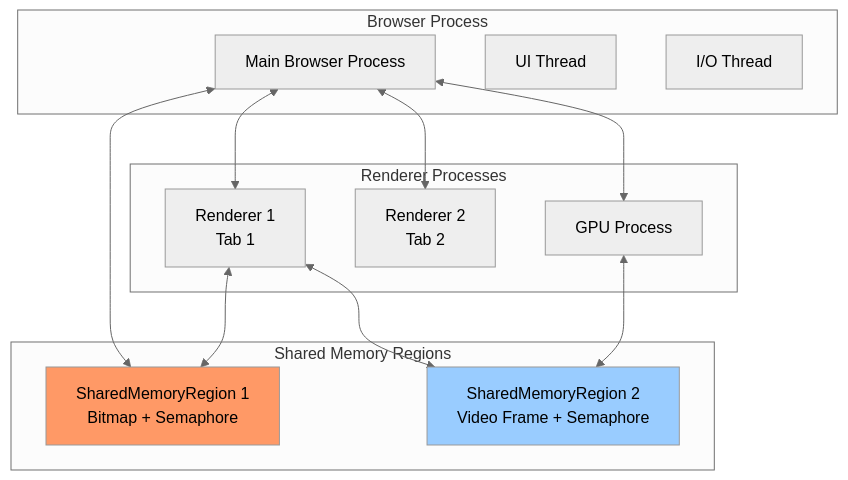
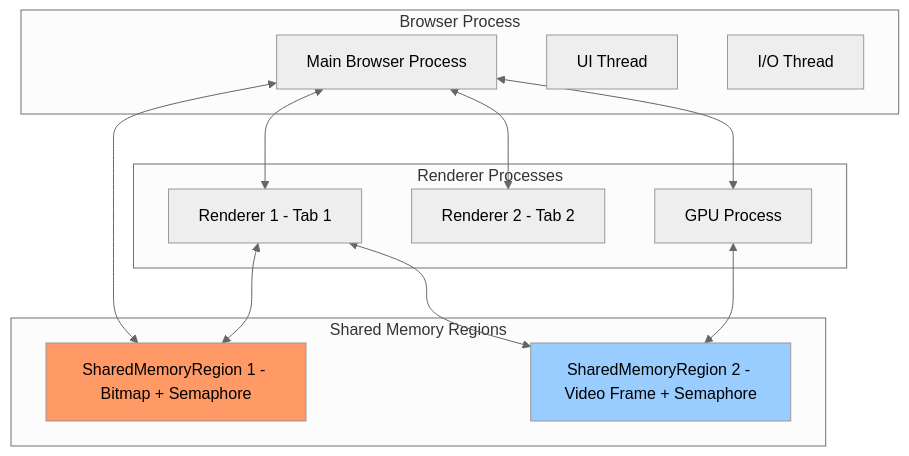
Before and after one commit to MoussaabBadla/interprocess-communication: diagram 22 of 34 in 05_semaphores.md, drawn with Mermaid (neutral theme). The commit also changed other lines of this file, not shown here.

````diff
--- a/05_semaphores.md
+++ b/05_semaphores.md
@@ -1826,31 +1826,31 @@
 ```mermaid
 graph TB
     subgraph "Browser Process"
-        BROWSER[Main Browser Process]
-        UI[UI Thread]
-        IO[I/O Thread]
+        BROWSER["Main Browser Process"]
+        UI["UI Thread"]
+        IO["I/O Thread"]
     end
 
     subgraph "Renderer Processes"
-        RENDER1[Renderer 1<br/>Tab 1]
-        RENDER2[Renderer 2<br/>Tab 2]
-        GPU[GPU Process]
+        RENDER1["Renderer 1 - Tab 1"]
+        RENDER2["Renderer 2 - Tab 2"]
+        GPU["GPU Process"]
     end
 
     subgraph "Shared Memory Regions"
-        SHM1[SharedMemoryRegion 1<br/>Bitmap + Semaphore]
-        SHM2[SharedMemoryRegion 2<br/>Video Frame + Semaphore]
+        SHM1["SharedMemoryRegion 1 - Bitmap + Semaphore"]
+        SHM2["SharedMemoryRegion 2 - Video Frame + Semaphore"]
     end
 
     BROWSER <--> RENDER1
     BROWSER <--> RENDER2
     BROWSER <--> GPU
 
     RENDER1 <--> SHM1
     BROWSER <--> SHM1
     GPU <--> SHM2
     RENDER1 <--> SHM2
 
     style SHM1 fill:#f96
     style SHM2 fill:#9cf
 ```
````
